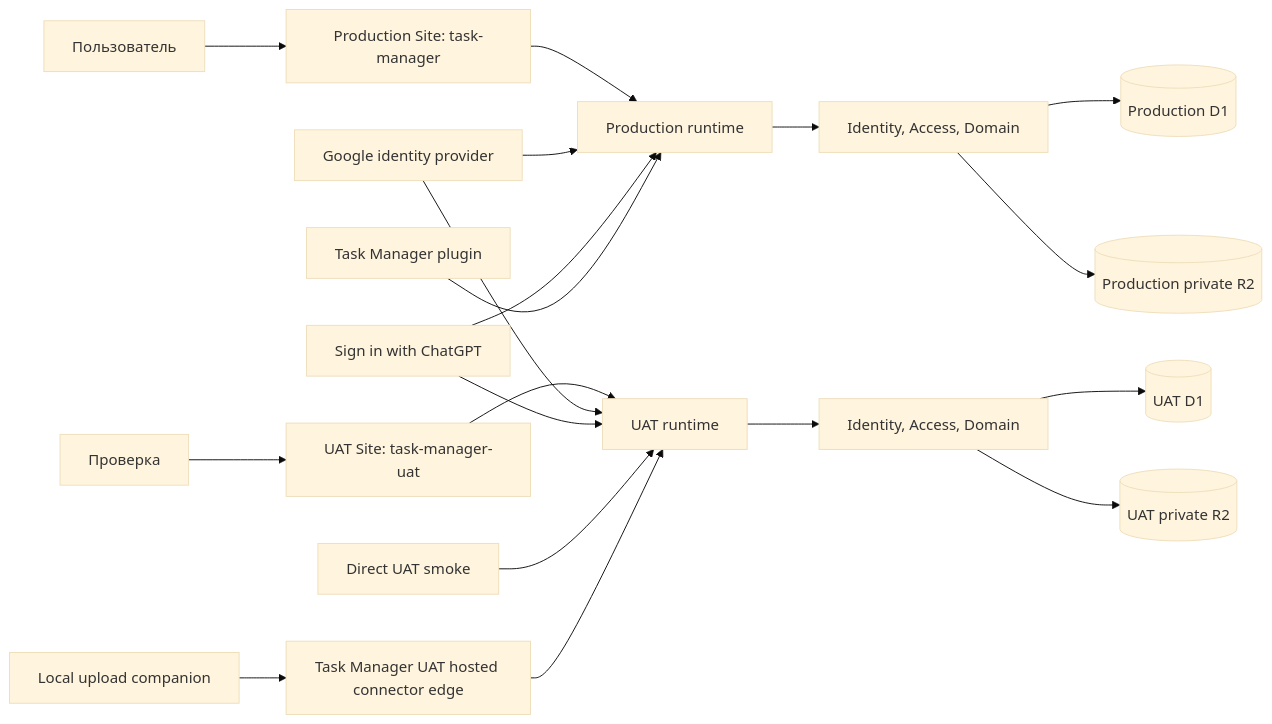
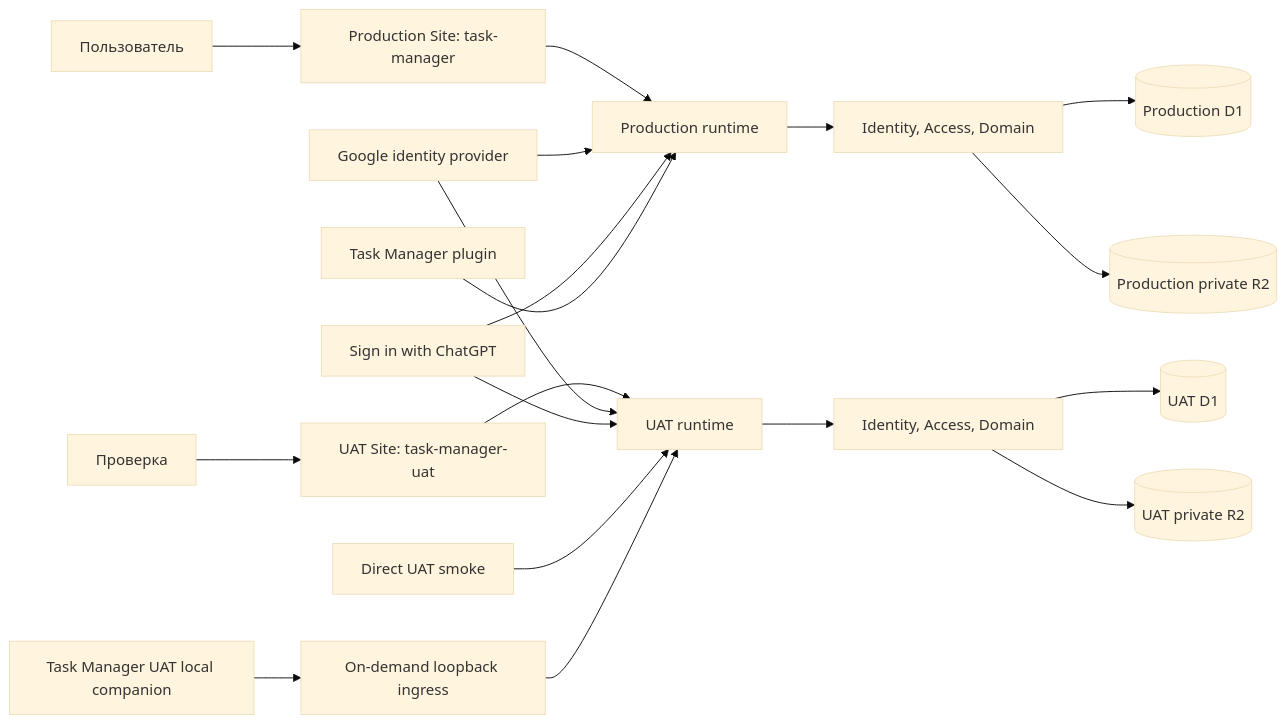
The diagram in docs/architecture.md (xxsrez/TaskManager), drawn with Mermaid (base theme) before and after one commit. The commit also changed other lines of this file and 11 other files, not shown here.

Commit message:
TM-294 replace hosted UAT edge with local ingress

````diff
--- a/docs/architecture.md
+++ b/docs/architecture.md
@@ -31,21 +31,21 @@
 ```mermaid
 flowchart LR
     U[Пользователь] --> PROD[Production Site: task-manager]
     QA[Проверка] --> UAT[UAT Site: task-manager-uat]
     PLUGIN[Task Manager plugin] --> PRT[Production runtime]
-    UPLUGIN[Task Manager UAT hosted connector edge] --> URT
-    LOCAL[Local upload companion] --> UPLUGIN
+    LOCAL[Task Manager UAT local companion] --> INGRESS[On-demand loopback ingress]
+    INGRESS --> URT
     API[Direct UAT smoke] --> URT[UAT runtime]
     CG[Sign in with ChatGPT] --> PRT
     CG --> URT
     G[Google identity provider] --> PRT
     G --> URT
     PROD --> PRT
     UAT --> URT
     PRT --> PIA[Identity, Access, Domain]
     URT --> UIA[Identity, Access, Domain]
     PIA --> PDB[(Production D1)]
     UIA --> UDB[(UAT D1)]
     PIA --> PR2[(Production private R2)]
     UIA --> UR2[(UAT private R2)]
 ```
````
